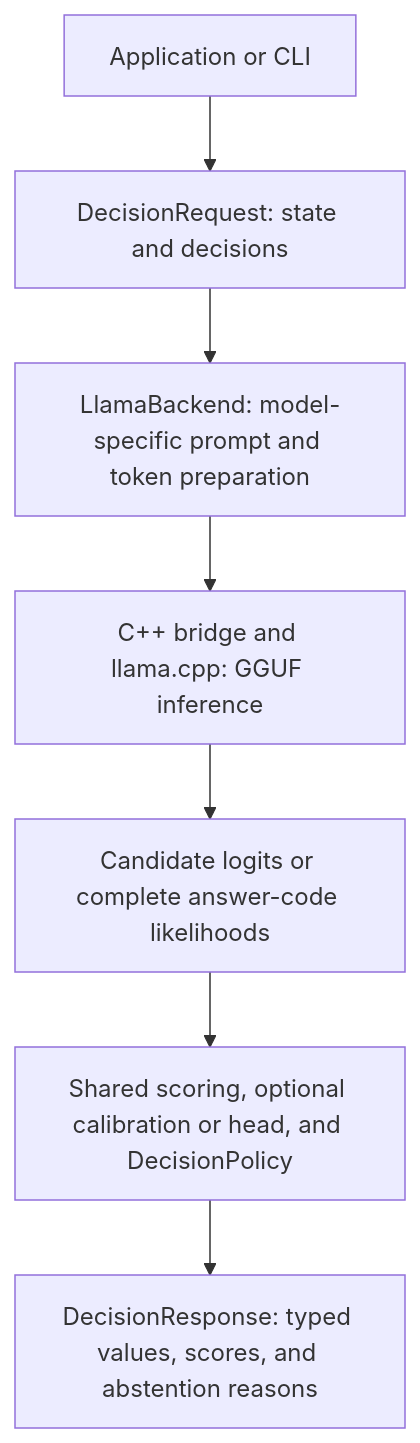
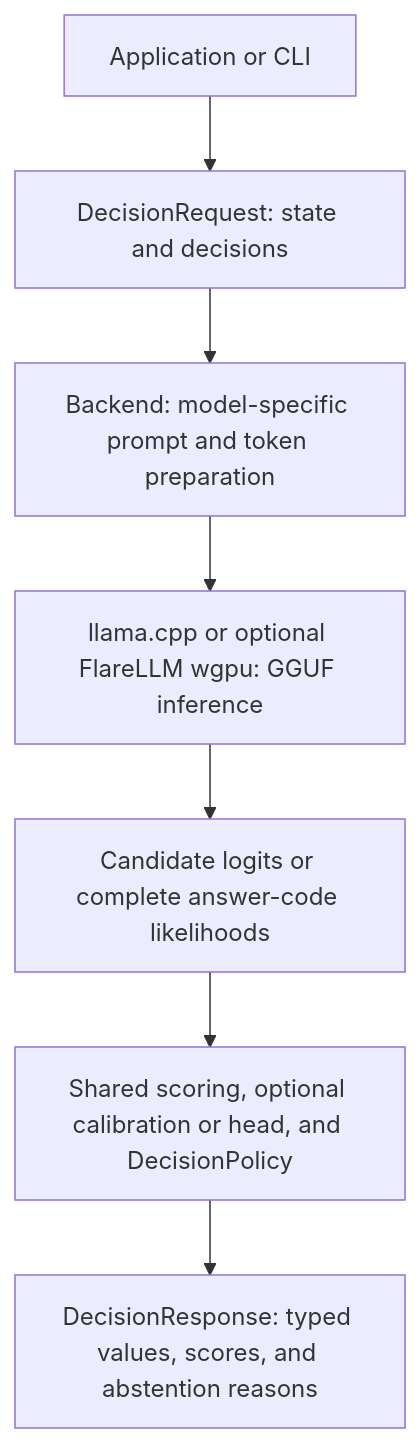
One commit to LuticaCANARD/L2S1 changed the diagram in README.md. Above: the diagram before and after it, drawn with Mermaid. The commit also changed other lines of this file and 60 other files, not shown here.

Commit message:
Add optional wgpu GGUF decision backend

````diff
--- a/README.md
+++ b/README.md
@@ -13,9 +25,9 @@
 ```mermaid
 flowchart TD
     A[Application or CLI] --> B[DecisionRequest: state and decisions]
-    B --> C[LlamaBackend: model-specific prompt and token preparation]
-    C --> D[C++ bridge and llama.cpp: GGUF inference]
+    B --> C[Backend: model-specific prompt and token preparation]
+    C --> D[llama.cpp or optional FlareLLM wgpu: GGUF inference]
     D --> E[Candidate logits or complete answer-code likelihoods]
     E --> F[Shared scoring, optional calibration or head, and DecisionPolicy]
     F --> G[DecisionResponse: typed values, scores, and abstention reasons]
 ```
````
